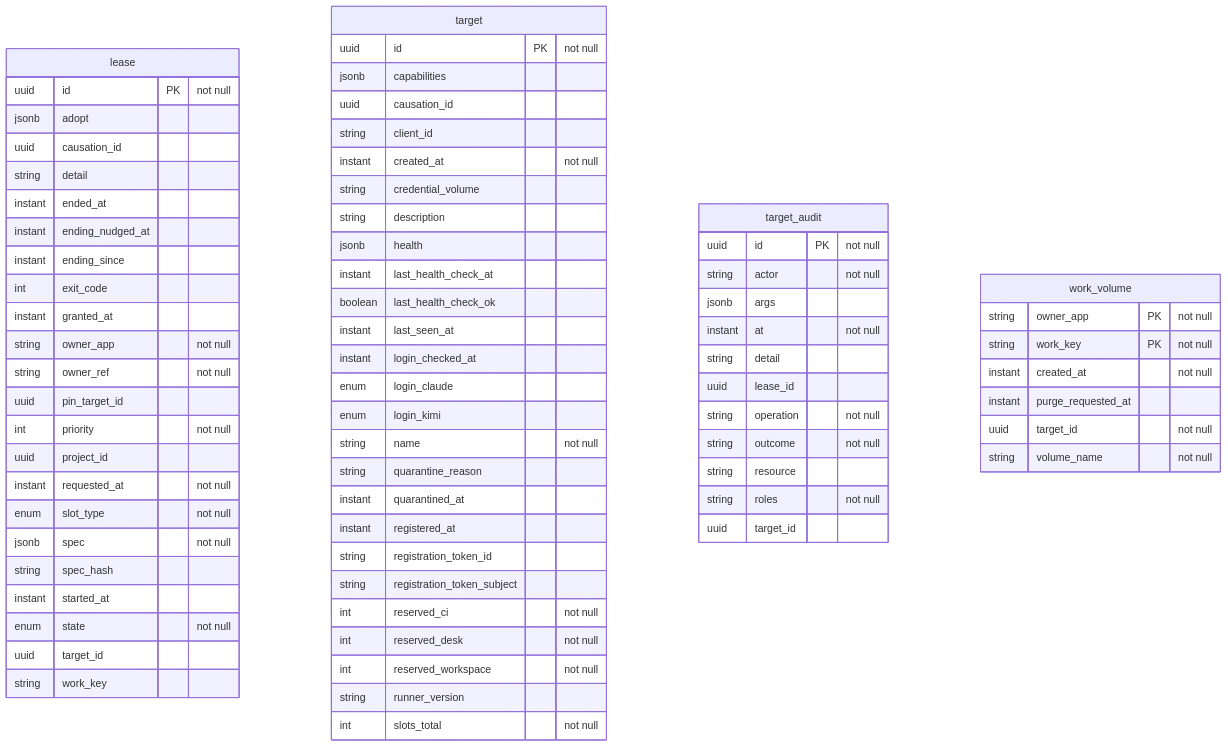
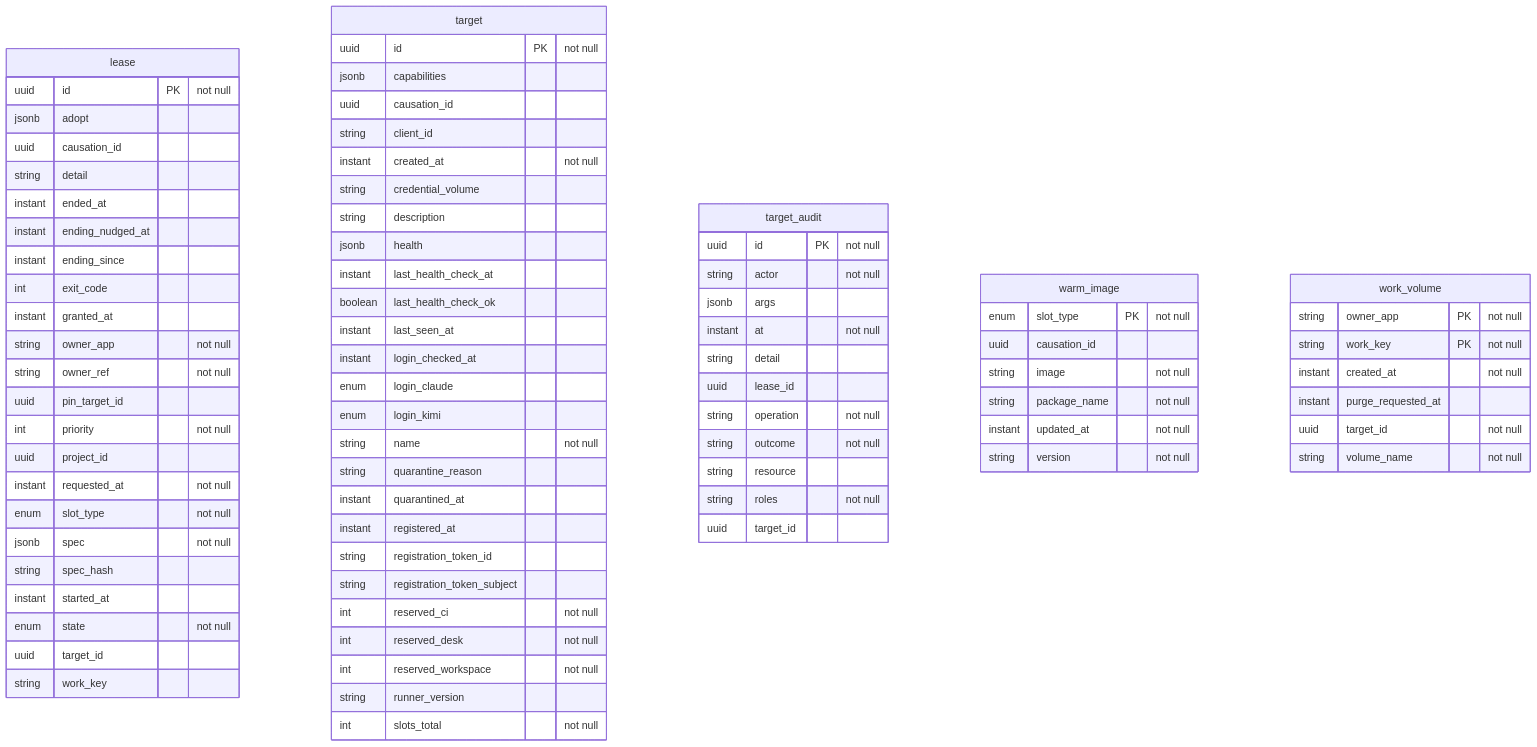
Before and after one commit to QuicklyIterateTheSoftware/qits-system-service: the diagram in docs/database/system.md, drawn with Mermaid. The commit also changed other lines of this file, not shown here.

Commit message:
chore(qits-1692): update entity diagram

```diff
--- a/docs/database/system.md
+++ b/docs/database/system.md
@@ -72,6 +72,15 @@
     string roles "not null"
     uuid target_id
   }
+  %% warm_image: eu.wohlben.qits.system.targets.entity.WarmImage (targets)
+  warm_image {
+    enum slot_type PK "not null"
+    uuid causation_id
+    string image "not null"
+    string package_name "not null"
+    instant updated_at "not null"
+    string version "not null"
+  }
   %% work_volume: eu.wohlben.qits.system.targets.entity.WorkVolume (targets)
   work_volume {
     string owner_app PK "not null"
```
